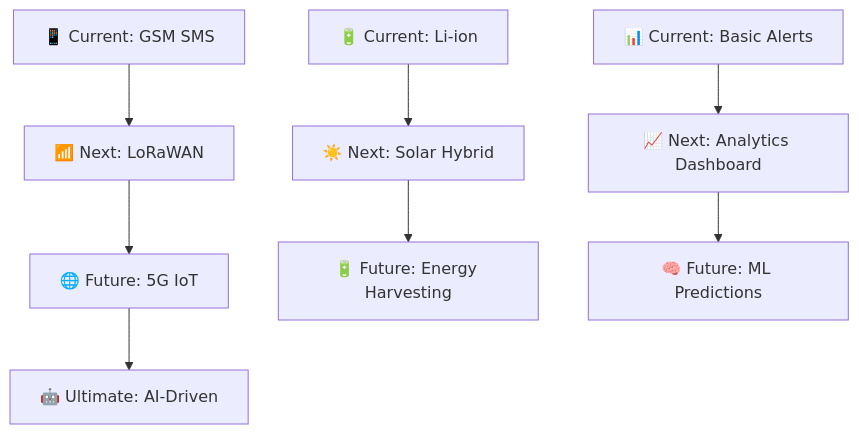
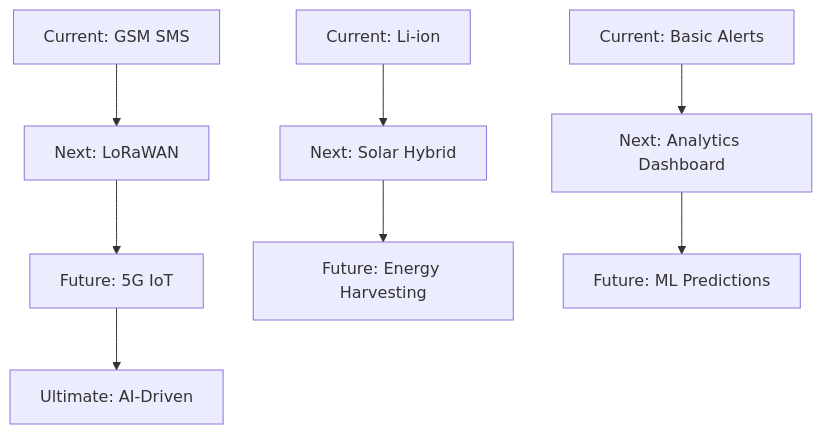
Before and after one commit to bengentle10/remote-soil-resistance-monitoring: the second of 2 diagrams in README.md, drawn with Mermaid. The commit also changed other lines of this file, not shown here.

````diff
--- a/README.md
+++ b/README.md
@@ -428,12 +315,12 @@
 ```mermaid
 graph TD
-    A[📱 Current: GSM SMS] --> B[📶 Next: LoRaWAN]
-    B --> C[🌐 Future: 5G IoT]
-    C --> D[🤖 Ultimate: AI-Driven]
+    A[Current: GSM SMS] --> B[Next: LoRaWAN]
+    B --> C[Future: 5G IoT]
+    C --> D[Ultimate: AI-Driven]
     
-    E[🔋 Current: Li-ion] --> F[☀️ Next: Solar Hybrid]
-    F --> G[🔋 Future: Energy Harvesting]
+    E[Current: Li-ion] --> F[Next: Solar Hybrid]
+    F --> G[Future: Energy Harvesting]
     
-    H[📊 Current: Basic Alerts] --> I[📈 Next: Analytics Dashboard]
-    I --> J[🧠 Future: ML Predictions]
+    H[Current: Basic Alerts] --> I[Next: Analytics Dashboard]
+    I --> J[Future: ML Predictions]
 ```
````
